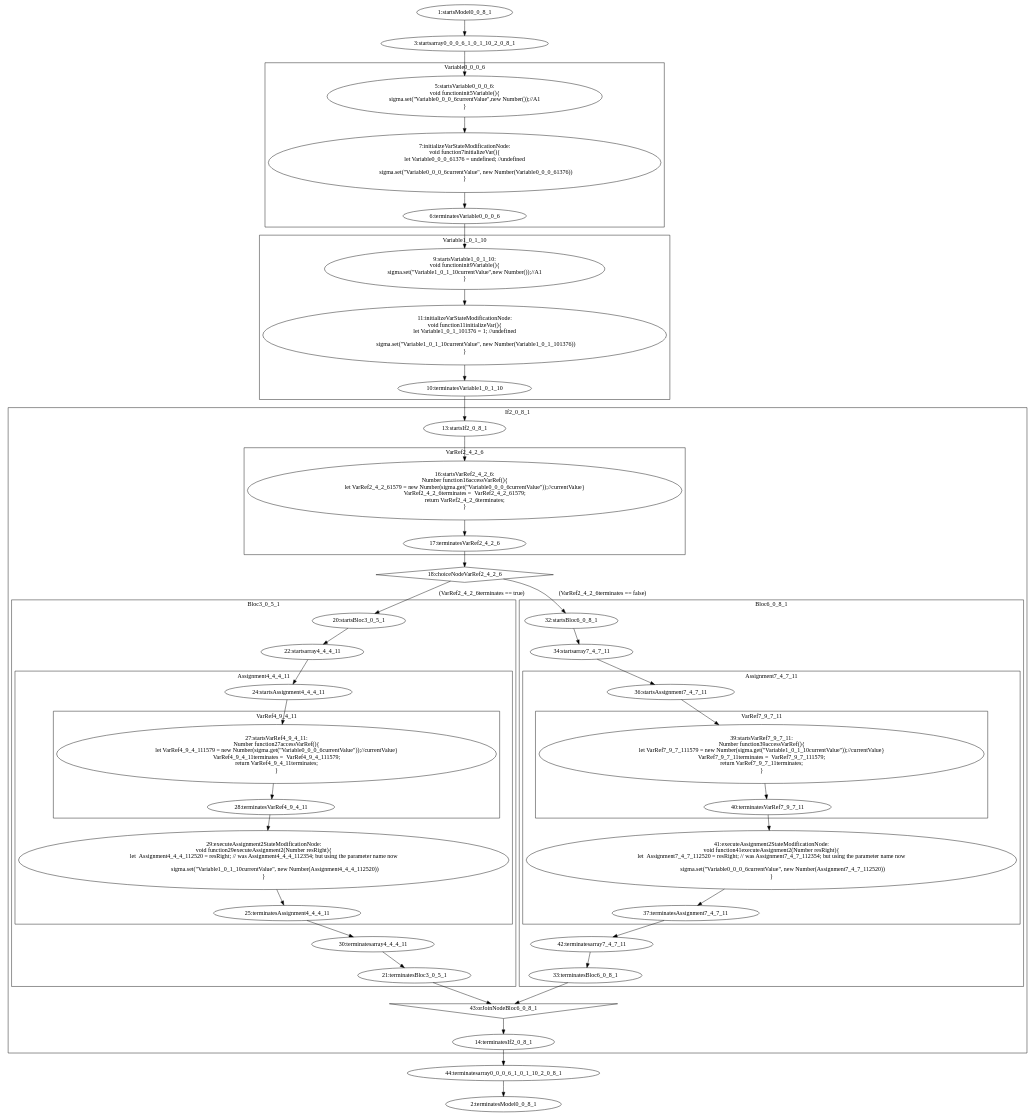
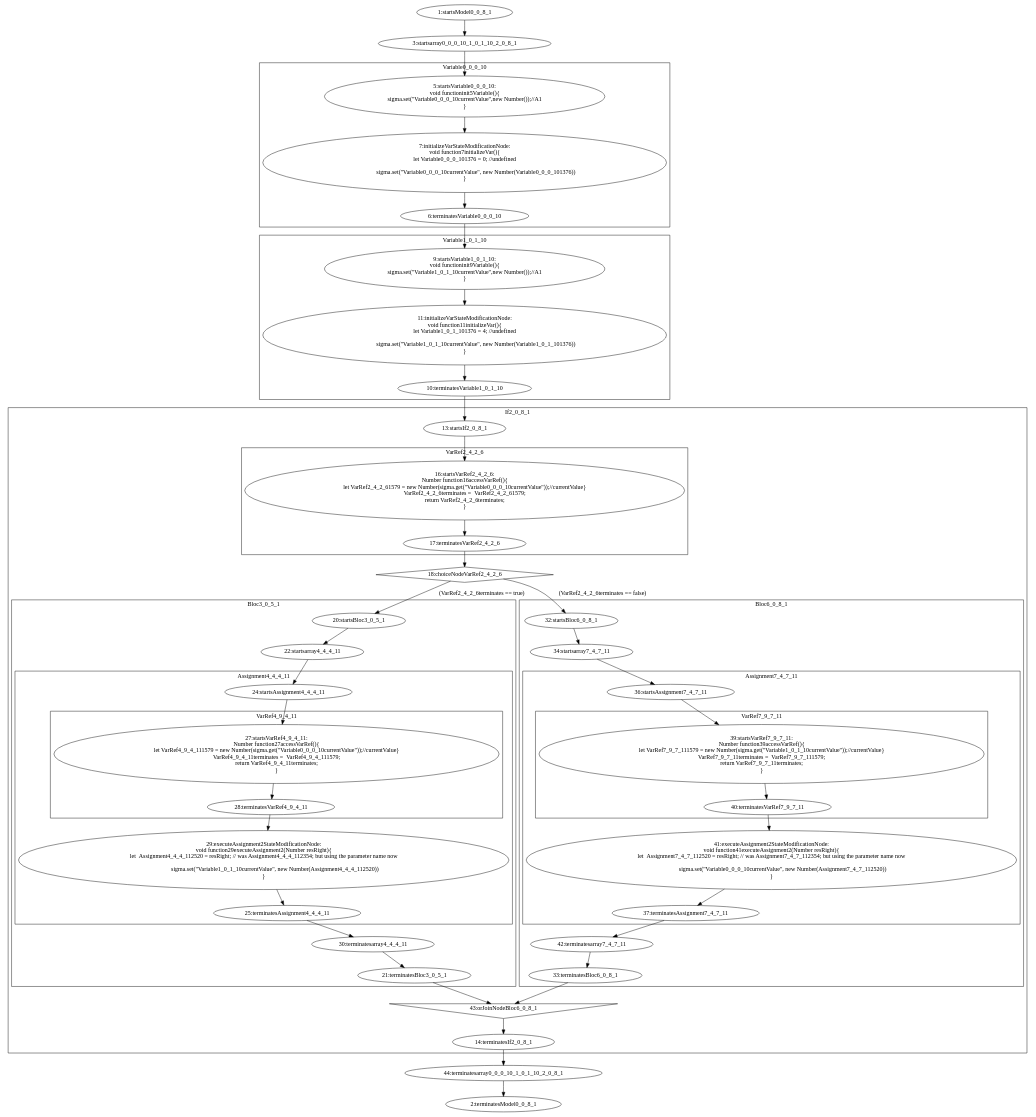
The diagram in temp/generated/testChoiseFalse.dot (WWeishen/interpreter), drawn with Graphviz before and after one commit. The commit also changed 2 other files, not shown here.

```diff
--- a/temp/generated/testChoiseFalse.dot
+++ b/temp/generated/testChoiseFalse.dot
@@ -1,141 +1,141 @@
 digraph G {
 subgraph cluster_4 {
-label = "Variable0_0_0_6";
-  "5" [label="5:startsVariable0_0_0_6:
+label = "Variable0_0_0_10";
+  "5" [label="5:startsVariable0_0_0_10:
 void functioninit5Variable(){
-sigma.set(\"Variable0_0_0_6currentValue\",new Number());//A1
+sigma.set(\"Variable0_0_0_10currentValue\",new Number());//A1
 }" shape="ellipse" ];
-  "6" [label="6:terminatesVariable0_0_0_6" shape="ellipse" ];
+  "6" [label="6:terminatesVariable0_0_0_10" shape="ellipse" ];
   "7" [label="7:initializeVarStateModificationNode:
 void function7initializeVar(){
-let Variable0_0_0_61376 = undefined; //undefined
+let Variable0_0_0_101376 = 0; //undefined
 
-                sigma.set(\"Variable0_0_0_6currentValue\", new Number(Variable0_0_0_61376))
+                sigma.set(\"Variable0_0_0_10currentValue\", new Number(Variable0_0_0_101376))
 }" shape="ellipse" ];
 }
 subgraph cluster_8 {
 label = "Variable1_0_1_10";
   "9" [label="9:startsVariable1_0_1_10:
 void functioninit9Variable(){
 sigma.set(\"Variable1_0_1_10currentValue\",new Number());//A1
 }" shape="ellipse" ];
   "10" [label="10:terminatesVariable1_0_1_10" shape="ellipse" ];
   "11" [label="11:initializeVarStateModificationNode:
 void function11initializeVar(){
-let Variable1_0_1_101376 = 1; //undefined
+let Variable1_0_1_101376 = 4; //undefined
 
                 sigma.set(\"Variable1_0_1_10currentValue\", new Number(Variable1_0_1_101376))
 }" shape="ellipse" ];
 }
 subgraph cluster_12 {
 label = "If2_0_8_1";
   "13" [label="13:startsIf2_0_8_1" shape="ellipse" ];
   "14" [label="14:terminatesIf2_0_8_1" shape="ellipse" ];
   "18" [label="18:choiceNodeVarRef2_4_2_6" shape="diamond" ];
   "43" [label="43:orJoinNodeBloc6_0_8_1" shape="invtriangle" ];
 subgraph cluster_15 {
 label = "VarRef2_4_2_6";
   "16" [label="16:startsVarRef2_4_2_6:
 Number function16accessVarRef(){
-let VarRef2_4_2_61579 = new Number(sigma.get(\"Variable0_0_0_6currentValue\"));//currentValue}
+let VarRef2_4_2_61579 = new Number(sigma.get(\"Variable0_0_0_10currentValue\"));//currentValue}
 VarRef2_4_2_6terminates =  VarRef2_4_2_61579;
 return VarRef2_4_2_6terminates;
 }" shape="ellipse" ];
   "17" [label="17:terminatesVarRef2_4_2_6" shape="ellipse" ];
 }
 subgraph cluster_19 {
 label = "Bloc3_0_5_1";
   "20" [label="20:startsBloc3_0_5_1" shape="ellipse" ];
   "21" [label="21:terminatesBloc3_0_5_1" shape="ellipse" ];
   "22" [label="22:startsarray4_4_4_11" shape="ellipse" ];
   "30" [label="30:terminatesarray4_4_4_11" shape="ellipse" ];
 subgraph cluster_23 {
 label = "Assignment4_4_4_11";
   "24" [label="24:startsAssignment4_4_4_11" shape="ellipse" ];
   "25" [label="25:terminatesAssignment4_4_4_11" shape="ellipse" ];
   "29" [label="29:executeAssignment2StateModificationNode:
 void function29executeAssignment2(Number resRight){
 let  Assignment4_4_4_112520 = resRight; // was Assignment4_4_4_112354; but using the parameter name now
                                  
                 sigma.set(\"Variable1_0_1_10currentValue\", new Number(Assignment4_4_4_112520))
 }" shape="ellipse" ];
 subgraph cluster_26 {
 label = "VarRef4_9_4_11";
   "27" [label="27:startsVarRef4_9_4_11:
 Number function27accessVarRef(){
-let VarRef4_9_4_111579 = new Number(sigma.get(\"Variable0_0_0_6currentValue\"));//currentValue}
+let VarRef4_9_4_111579 = new Number(sigma.get(\"Variable0_0_0_10currentValue\"));//currentValue}
 VarRef4_9_4_11terminates =  VarRef4_9_4_111579;
 return VarRef4_9_4_11terminates;
 }" shape="ellipse" ];
   "28" [label="28:terminatesVarRef4_9_4_11" shape="ellipse" ];
 }
 }
 }
 subgraph cluster_31 {
 label = "Bloc6_0_8_1";
   "32" [label="32:startsBloc6_0_8_1" shape="ellipse" ];
   "33" [label="33:terminatesBloc6_0_8_1" shape="ellipse" ];
   "34" [label="34:startsarray7_4_7_11" shape="ellipse" ];
   "42" [label="42:terminatesarray7_4_7_11" shape="ellipse" ];
 subgraph cluster_35 {
 label = "Assignment7_4_7_11";
   "36" [label="36:startsAssignment7_4_7_11" shape="ellipse" ];
   "37" [label="37:terminatesAssignment7_4_7_11" shape="ellipse" ];
   "41" [label="41:executeAssignment2StateModificationNode:
 void function41executeAssignment2(Number resRight){
 let  Assignment7_4_7_112520 = resRight; // was Assignment7_4_7_112354; but using the parameter name now
                                  
-                sigma.set(\"Variable0_0_0_6currentValue\", new Number(Assignment7_4_7_112520))
+                sigma.set(\"Variable0_0_0_10currentValue\", new Number(Assignment7_4_7_112520))
 }" shape="ellipse" ];
 subgraph cluster_38 {
 label = "VarRef7_9_7_11";
   "39" [label="39:startsVarRef7_9_7_11:
 Number function39accessVarRef(){
 let VarRef7_9_7_111579 = new Number(sigma.get(\"Variable1_0_1_10currentValue\"));//currentValue}
 VarRef7_9_7_11terminates =  VarRef7_9_7_111579;
 return VarRef7_9_7_11terminates;
 }" shape="ellipse" ];
   "40" [label="40:terminatesVarRef7_9_7_11" shape="ellipse" ];
 }
 }
 }
 }
   "1" [label="1:startsModel0_0_8_1" shape="ellipse" ];
   "2" [label="2:terminatesModel0_0_8_1" shape="ellipse" ];
-  "3" [label="3:startsarray0_0_0_6_1_0_1_10_2_0_8_1" shape="ellipse" ];
-  "44" [label="44:terminatesarray0_0_0_6_1_0_1_10_2_0_8_1" shape="ellipse" ];
+  "3" [label="3:startsarray0_0_0_10_1_0_1_10_2_0_8_1" shape="ellipse" ];
+  "44" [label="44:terminatesarray0_0_0_10_1_0_1_10_2_0_8_1" shape="ellipse" ];
   "5" -> "7" [label=""];
   "7" -> "6" [label=""];
   "9" -> "11" [label=""];
   "11" -> "10" [label=""];
   "16" -> "17" [label=""];
   "27" -> "28" [label=""];
   "24" -> "27" [label=""];
   "28" -> "29" [label=""];
   "29" -> "25" [label=""];
   "20" -> "22" [label=""];
   "22" -> "24" [label=""];
   "25" -> "30" [label=""];
   "30" -> "21" [label=""];
   "39" -> "40" [label=""];
   "36" -> "39" [label=""];
   "40" -> "41" [label=""];
   "41" -> "37" [label=""];
   "32" -> "34" [label=""];
   "34" -> "36" [label=""];
   "37" -> "42" [label=""];
   "42" -> "33" [label=""];
   "13" -> "16" [label=""];
   "17" -> "18" [label=""];
   "18" -> "20" [label="(VarRef2_4_2_6terminates == true)"];
   "18" -> "32" [label="(VarRef2_4_2_6terminates == false)"];
   "33" -> "43" [label=""];
   "21" -> "43" [label=""];
   "43" -> "14" [label=""];
   "1" -> "3" [label=""];
   "3" -> "5" [label=""];
   "6" -> "9" [label=""];
   "10" -> "13" [label=""];
   "14" -> "44" [label=""];
   "44" -> "2" [label=""];
 }
```
